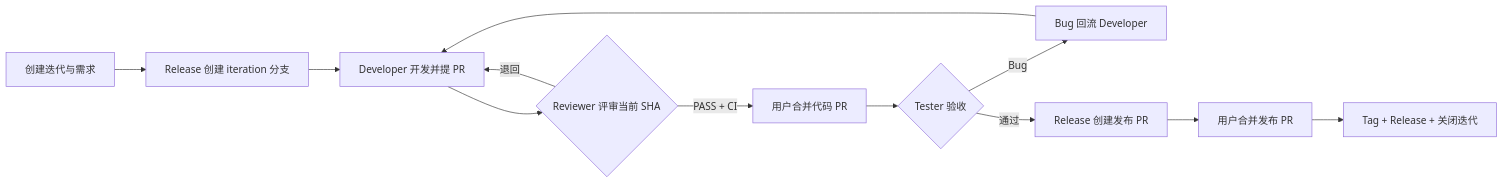
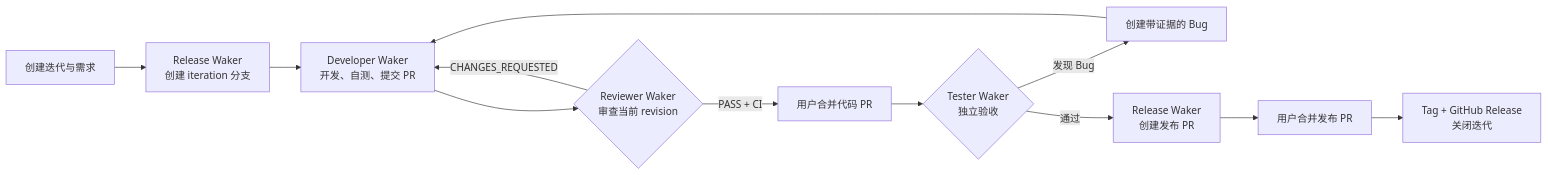
Before and after one commit to blue199288/order-coupon-devops-demo: the first of 2 diagrams in docs/demo-flow-guide.md, drawn with Mermaid. The commit also changed other lines of this file and 1 other file, not shown here.

Commit message:
docs: present QoderWake GitHub best practice

````diff
--- a/docs/demo-flow-guide.md
+++ b/docs/demo-flow-guide.md
@@ -5,14 +41,14 @@
 ```mermaid
 flowchart LR
-  A["创建迭代与需求"] --> B["Release 创建 iteration 分支"]
-  B --> C["Developer 开发并提 PR"]
-  C --> D{"Reviewer 评审当前 SHA"}
-  D -->|"退回"| C
+  A["创建迭代与需求"] --> B["Release Waker<br/>创建 iteration 分支"]
+  B --> C["Developer Waker<br/>开发、自测、提交 PR"]
+  C --> D{"Reviewer Waker<br/>审查当前 revision"}
+  D -->|"CHANGES_REQUESTED"| C
   D -->|"PASS + CI"| E["用户合并代码 PR"]
-  E --> F{"Tester 验收"}
-  F -->|"Bug"| G["Bug 回流 Developer"]
+  E --> F{"Tester Waker<br/>独立验收"}
+  F -->|"发现 Bug"| G["创建带证据的 Bug"]
   G --> C
-  F -->|"通过"| H["Release 创建发布 PR"]
+  F -->|"通过"| H["Release Waker<br/>创建发布 PR"]
   H --> I["用户合并发布 PR"]
-  I --> J["Tag + Release + 关闭迭代"]
+  I --> J["Tag + GitHub Release<br/>关闭迭代"]
 ```
````
